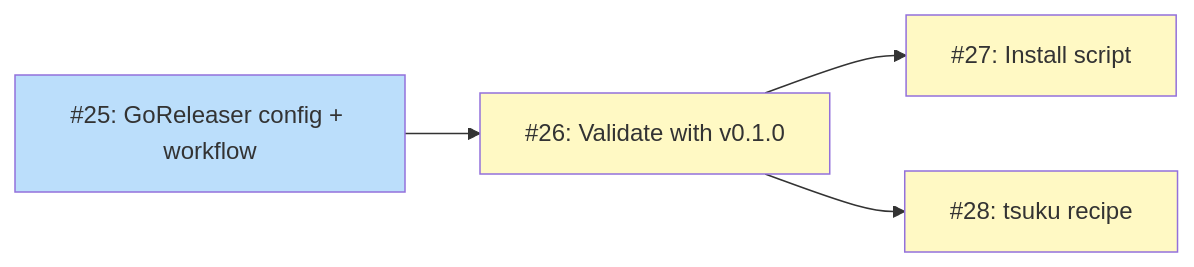
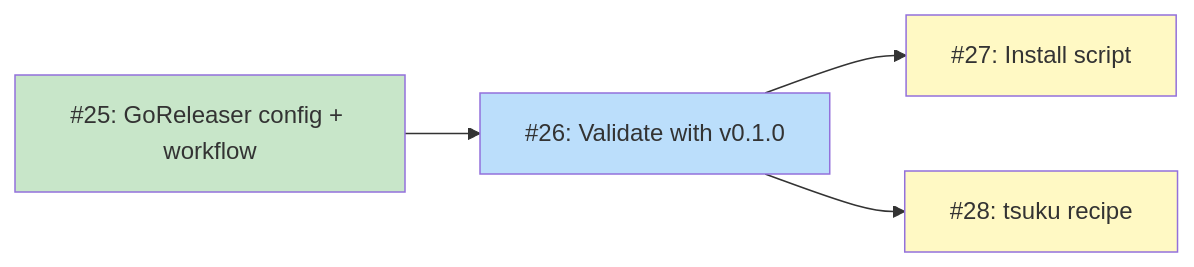
One commit to tsukumogami/koto changed the diagram in docs/designs/DESIGN-koto-installation.md. Above: the diagram before and after it, drawn with Mermaid. The commit also changed other lines of this file and 3 other files, not shown here.

````diff
--- a/docs/designs/DESIGN-koto-installation.md
+++ b/docs/designs/DESIGN-koto-installation.md
@@ -33,20 +33,21 @@
 ```mermaid
 graph LR
     I25["#25: GoReleaser config + workflow"]
     I26["#26: Validate with v0.1.0"]
     I27["#27: Install script"]
     I28["#28: tsuku recipe"]
 
     I25 --> I26
     I26 --> I27
     I26 --> I28
 
     classDef done fill:#c8e6c9
     classDef ready fill:#bbdefb
     classDef blocked fill:#fff9c4
     classDef needsDesign fill:#e1bee7
     classDef tracksDesign fill:#FFE0B2,stroke:#F57C00,color:#000
 
-    class I25 ready
-    class I26,I27,I28 blocked
+    class I25 done
+    class I26 ready
+    class I27,I28 blocked
 ```
````
